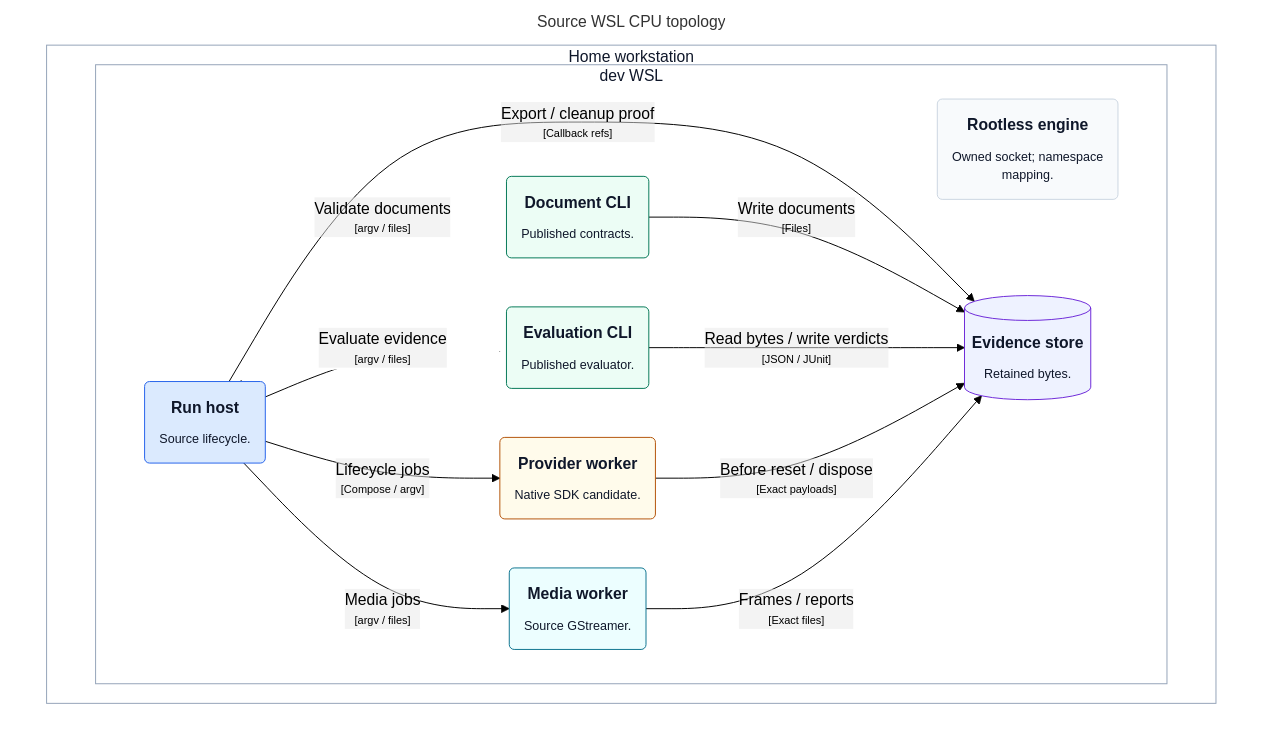
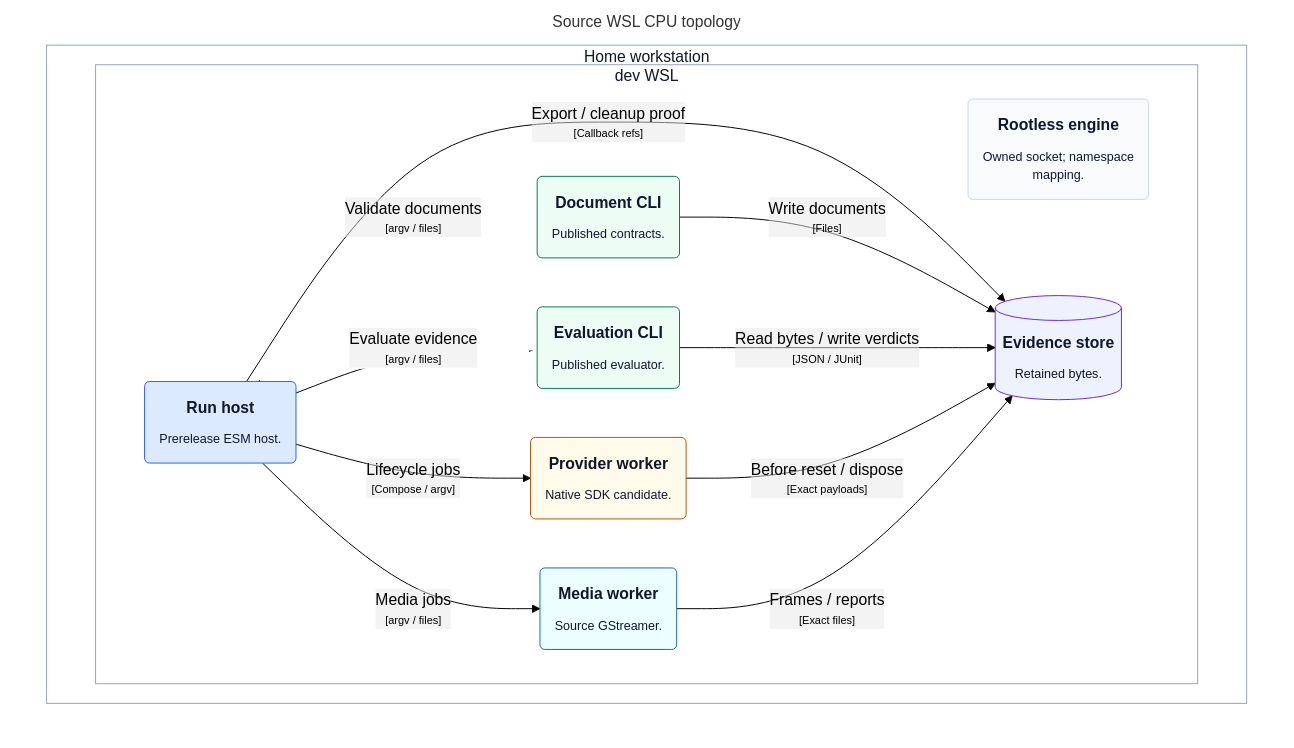
The diagram in docs/architecture/generated/structurizr-HomeDeployment.mmd (mmkolpakov/robotics-runtime), drawn with Mermaid (forest theme) before and after one commit. The commit also changed 17 other files, not shown here.

Commit message:
Document the published core host and update architecture status

```diff
--- a/docs/architecture/generated/structurizr-HomeDeployment.mmd
+++ b/docs/architecture/generated/structurizr-HomeDeployment.mmd
@@ -1,41 +1,41 @@
 graph TB
   linkStyle default fill:#ffffff
 
   subgraph diagram ["Source WSL CPU topology"]
     style diagram fill:#ffffff,stroke:#ffffff
 
     subgraph 35 ["Home workstation"]
       style 35 fill:#ffffff,stroke:#94a3b8,color:#0f172a
 
       subgraph 36 ["dev WSL"]
         style 36 fill:#ffffff,stroke:#94a3b8,color:#0f172a
 
         37("<div style='font-weight: bold'>Rootless engine</div><div style='font-size: 80%; margin-top:10px'>Owned socket; namespace<br />mapping.</div>")
         style 37 fill:#f8fafc,stroke:#cbd5e1,color:#0f172a
-        38("<div style='font-weight: bold'>Run host</div><div style='font-size: 80%; margin-top:10px'>Source lifecycle.</div>")
+        38("<div style='font-weight: bold'>Run host</div><div style='font-size: 80%; margin-top:10px'>Prerelease ESM host.</div>")
         style 38 fill:#dbeafe,stroke:#2563eb,color:#0f172a
         39("<div style='font-weight: bold'>Document CLI</div><div style='font-size: 80%; margin-top:10px'>Published contracts.</div>")
         style 39 fill:#ecfdf5,stroke:#047857,color:#0f172a
         41("<div style='font-weight: bold'>Evaluation CLI</div><div style='font-size: 80%; margin-top:10px'>Published evaluator.</div>")
         style 41 fill:#ecfdf5,stroke:#047857,color:#0f172a
         43("<div style='font-weight: bold'>Provider worker</div><div style='font-size: 80%; margin-top:10px'>Native SDK candidate.</div>")
         style 43 fill:#fffbeb,stroke:#b45309,color:#0f172a
         45("<div style='font-weight: bold'>Media worker</div><div style='font-size: 80%; margin-top:10px'>Source GStreamer.</div>")
         style 45 fill:#ecfeff,stroke:#0e7490,color:#0f172a
         47[("<div style='font-weight: bold'>Evidence store</div><div style='font-size: 80%; margin-top:10px'>Retained bytes.</div>")]
         style 47 fill:#eef2ff,stroke:#6d28d9,color:#0f172a
       end
 
     end
 
     38-- "<div>Validate documents</div><div style='font-size: 70%'>[argv / files]</div>" -->39
     38-- "<div>Evaluate evidence</div><div style='font-size: 70%'>[argv / files]</div>" -->41
     38-- "<div>Lifecycle jobs</div><div style='font-size: 70%'>[Compose / argv]</div>" -->43
     38-- "<div>Media jobs</div><div style='font-size: 70%'>[argv / files]</div>" -->45
     38-- "<div>Export / cleanup proof</div><div style='font-size: 70%'>[Callback refs]</div>" -->47
     39-- "<div>Write documents</div><div style='font-size: 70%'>[Files]</div>" -->47
     41-- "<div>Read bytes / write verdicts</div><div style='font-size: 70%'>[JSON / JUnit]</div>" -->47
     43-- "<div>Before reset / dispose</div><div style='font-size: 70%'>[Exact payloads]</div>" -->47
     45-- "<div>Frames / reports</div><div style='font-size: 70%'>[Exact files]</div>" -->47
 
   end
```
